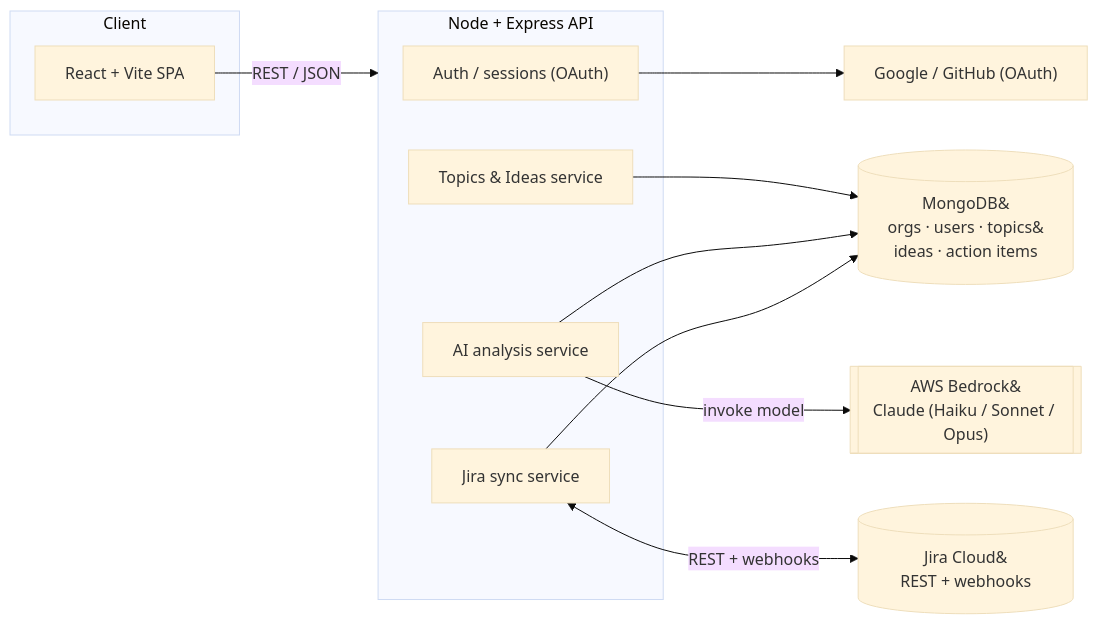
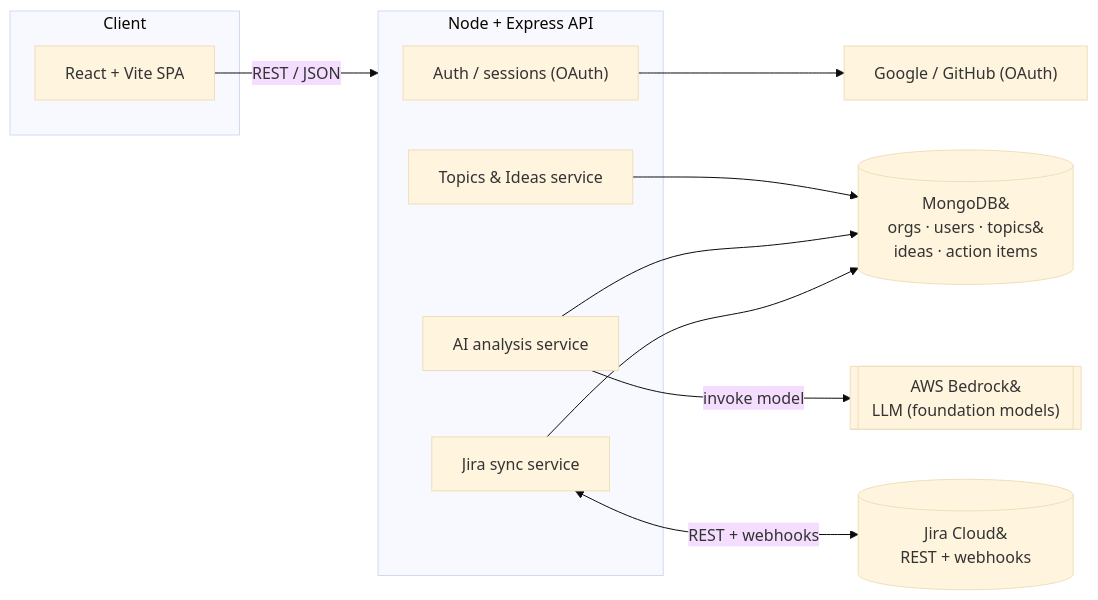
One commit to bgade06/brainwave changed the first of 2 diagrams in ARCHITECTURE.md. Above: the diagram before and after it, drawn with Mermaid (base theme). The commit also changed other lines of this file and 5 other files, not shown here.

````diff
--- a/ARCHITECTURE.md
+++ b/ARCHITECTURE.md
@@ -7,26 +7,26 @@
 ```mermaid
 flowchart LR
   subgraph client["Client"]
     UI["React + Vite SPA"]
   end
 
   subgraph server["Node + Express API"]
     Auth["Auth / sessions (OAuth)"]
     Core["Topics & Ideas service"]
     AI["AI analysis service"]
     Sync["Jira sync service"]
   end
 
   DB[("MongoDB&#10;orgs · users · topics&#10;ideas · action items")]
-  Bedrock[["AWS Bedrock&#10;Claude (Haiku / Sonnet / Opus)"]]
+  Bedrock[["AWS Bedrock&#10;LLM (foundation models)"]]
   Jira[("Jira Cloud&#10;REST + webhooks")]
   IdP["Google / GitHub (OAuth)"]
 
   UI -->|"REST / JSON"| server
   Auth --> IdP
   Core --> DB
   AI --> DB
   AI -->|"invoke model"| Bedrock
   Sync --> DB
   Sync <-->|"REST + webhooks"| Jira
 ```
````
